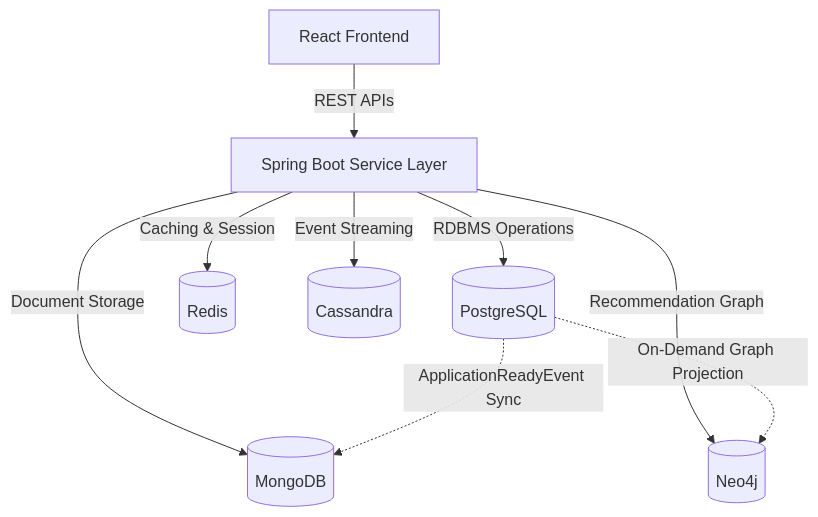
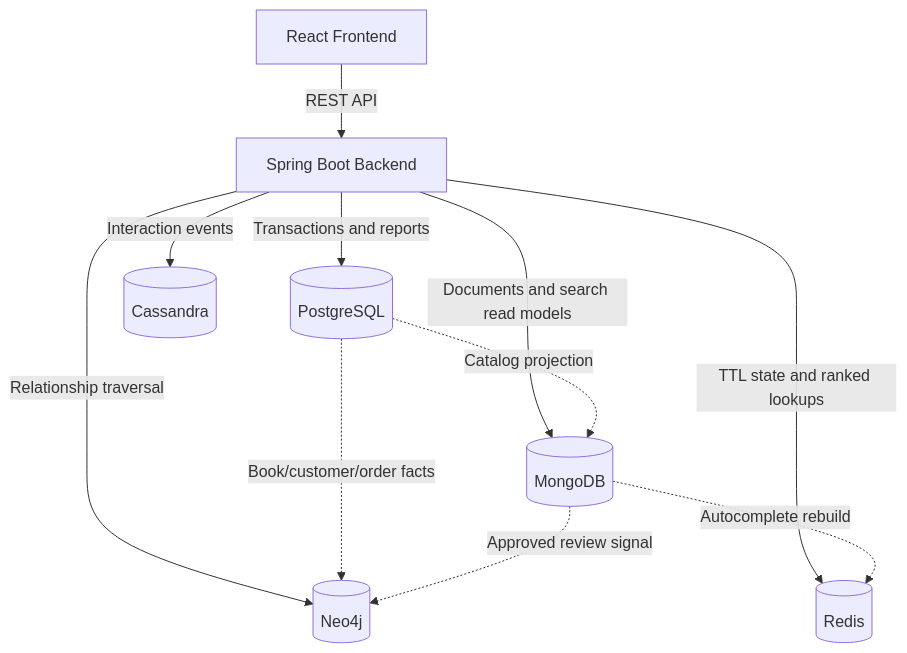
Before and after one commit to HuyVuCV1011/Bookstore-Management-System: the diagram in docs/architecture.md, drawn with Mermaid. The commit also changed other lines of this file and 99 other files, not shown here.

````diff
--- a/docs/architecture.md
+++ b/docs/architecture.md
@@ -11,12 +14,14 @@
 ```mermaid
 graph TD
-    Client[React Frontend] -->|REST APIs| API[Spring Boot Service Layer]
-    API -->|RDBMS Operations| PostgreSQL[(PostgreSQL)]
-    API -->|Document Storage| MongoDB[(MongoDB)]
-    API -->|Caching & Session| Redis[(Redis)]
-    API -->|Event Streaming| Cassandra[(Cassandra)]
-    API -->|Recommendation Graph| Neo4j[(Neo4j)]
+    Client[React Frontend] -->|REST API| API[Spring Boot Backend]
+    API -->|Transactions and reports| PostgreSQL[(PostgreSQL)]
+    API -->|Documents and search read models| MongoDB[(MongoDB)]
+    API -->|TTL state and ranked lookups| Redis[(Redis)]
+    API -->|Interaction events| Cassandra[(Cassandra)]
+    API -->|Relationship traversal| Neo4j[(Neo4j)]
 
-    PostgreSQL -.->|ApplicationReadyEvent Sync| MongoDB
-    PostgreSQL -.->|On-Demand Graph Projection| Neo4j
+    PostgreSQL -.->|Book/customer/order facts| Neo4j
+    PostgreSQL -.->|Catalog projection| MongoDB
+    MongoDB -.->|Autocomplete rebuild| Redis
+    MongoDB -.->|Approved review signal| Neo4j
 ```
````
